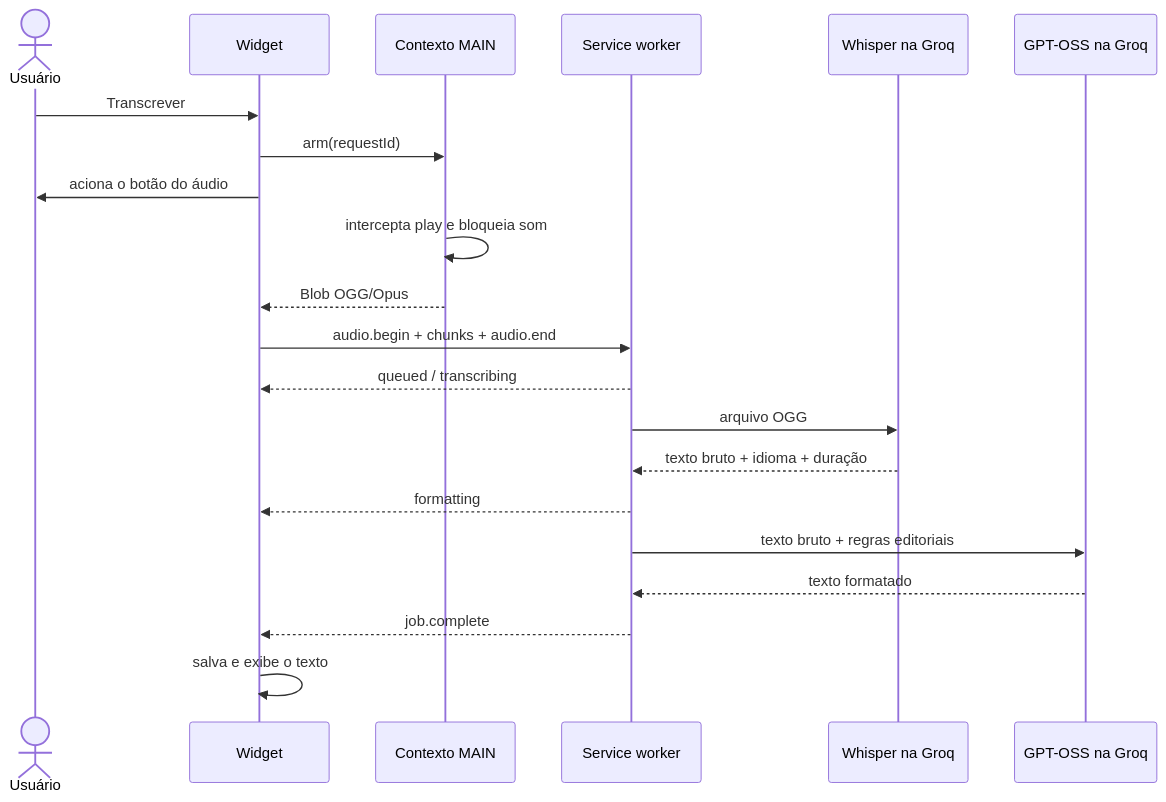
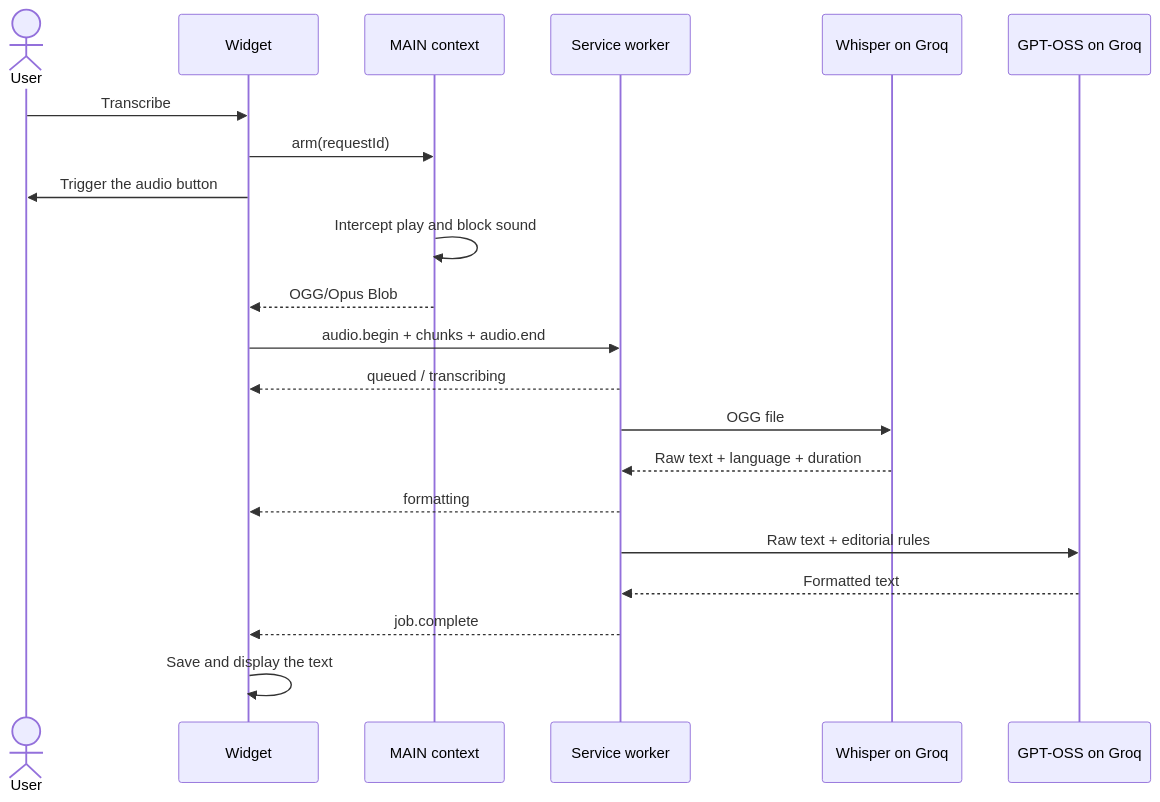
The diagram in docs/architecture.md (gabrielMalonso/whatsapp-audio-transcriber), drawn with Mermaid before and after one commit. The commit also changed other lines of this file and 20 other files, not shown here.

````diff
--- a/docs/architecture.md
+++ b/docs/architecture.md
@@ -17,24 +17,24 @@
 ```mermaid
 sequenceDiagram
-    actor U as Usuário
+    actor U as User
     participant UI as Widget
-    participant P as Contexto MAIN
+    participant P as MAIN context
     participant B as Service worker
-    participant W as Whisper na Groq
-    participant G as GPT-OSS na Groq
+    participant W as Whisper on Groq
+    participant G as GPT-OSS on Groq
 
-    U->>UI: Transcrever
+    U->>UI: Transcribe
     UI->>P: arm(requestId)
-    UI->>U: aciona o botão do áudio
-    P->>P: intercepta play e bloqueia som
-    P-->>UI: Blob OGG/Opus
+    UI->>U: Trigger the audio button
+    P->>P: Intercept play and block sound
+    P-->>UI: OGG/Opus Blob
     UI->>B: audio.begin + chunks + audio.end
     B-->>UI: queued / transcribing
-    B->>W: arquivo OGG
-    W-->>B: texto bruto + idioma + duração
+    B->>W: OGG file
+    W-->>B: Raw text + language + duration
     B-->>UI: formatting
-    B->>G: texto bruto + regras editoriais
-    G-->>B: texto formatado
+    B->>G: Raw text + editorial rules
+    G-->>B: Formatted text
     B-->>UI: job.complete
-    UI->>UI: salva e exibe o texto
+    UI->>UI: Save and display the text
 ```
````
